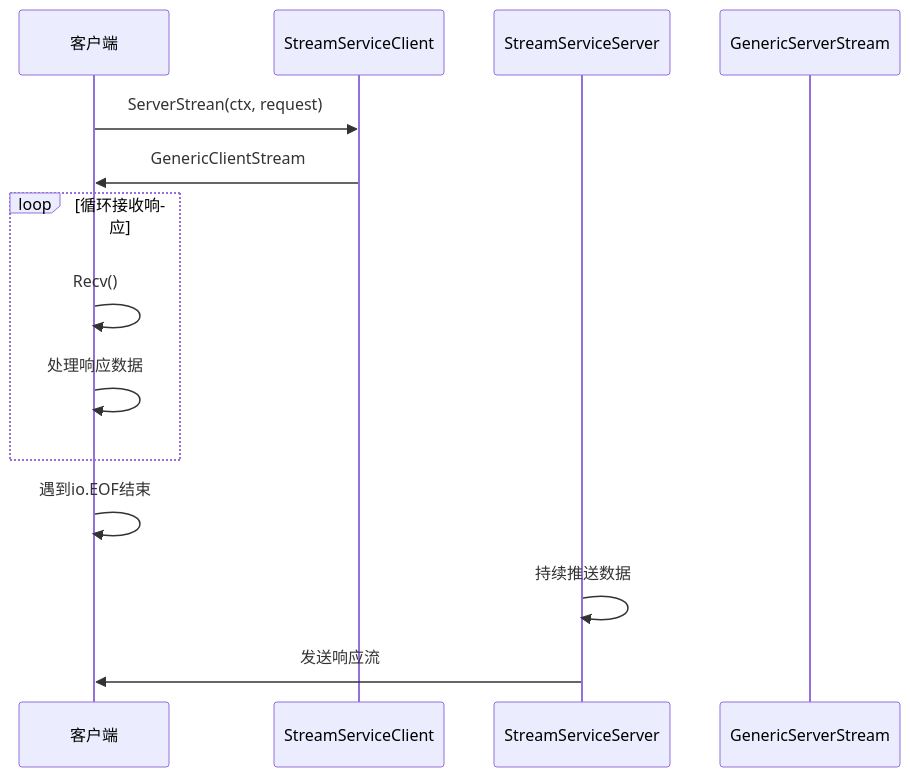
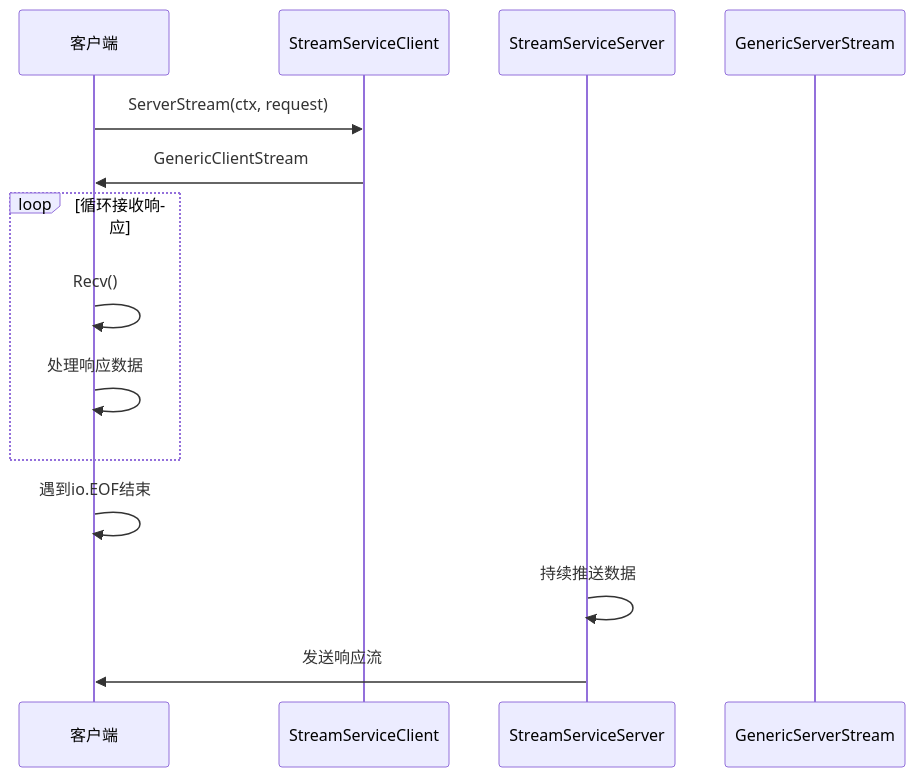
Before and after one commit to soyacen/goose: the eighth of 15 diagrams in .agents/repowiki/zh/content/示例和最佳实践/WebSocket流式系统.md, drawn with Mermaid. The commit also changed other lines of this file and 5 other files, not shown here.

````diff
--- a/.agents/repowiki/zh/content/示例和最佳实践/WebSocket流式系统.md
+++ b/.agents/repowiki/zh/content/示例和最佳实践/WebSocket流式系统.md
@@ -367,16 +378,16 @@
 ```mermaid
 sequenceDiagram
 participant Client as 客户端
 participant Service as StreamServiceClient
 participant Server as StreamServiceServer
 participant Stream as GenericServerStream
-Client->>Service : ServerStrean(ctx, request)
+Client->>Service : ServerStream(ctx, request)
 Service->>Client : GenericClientStream
 loop 循环接收响应
 Client->>Client : Recv()
 Client->>Client : 处理响应数据
 end
 Client->>Client : 遇到io.EOF结束
 Server->>Server : 持续推送数据
 Server->>Client : 发送响应流
 ```
````
